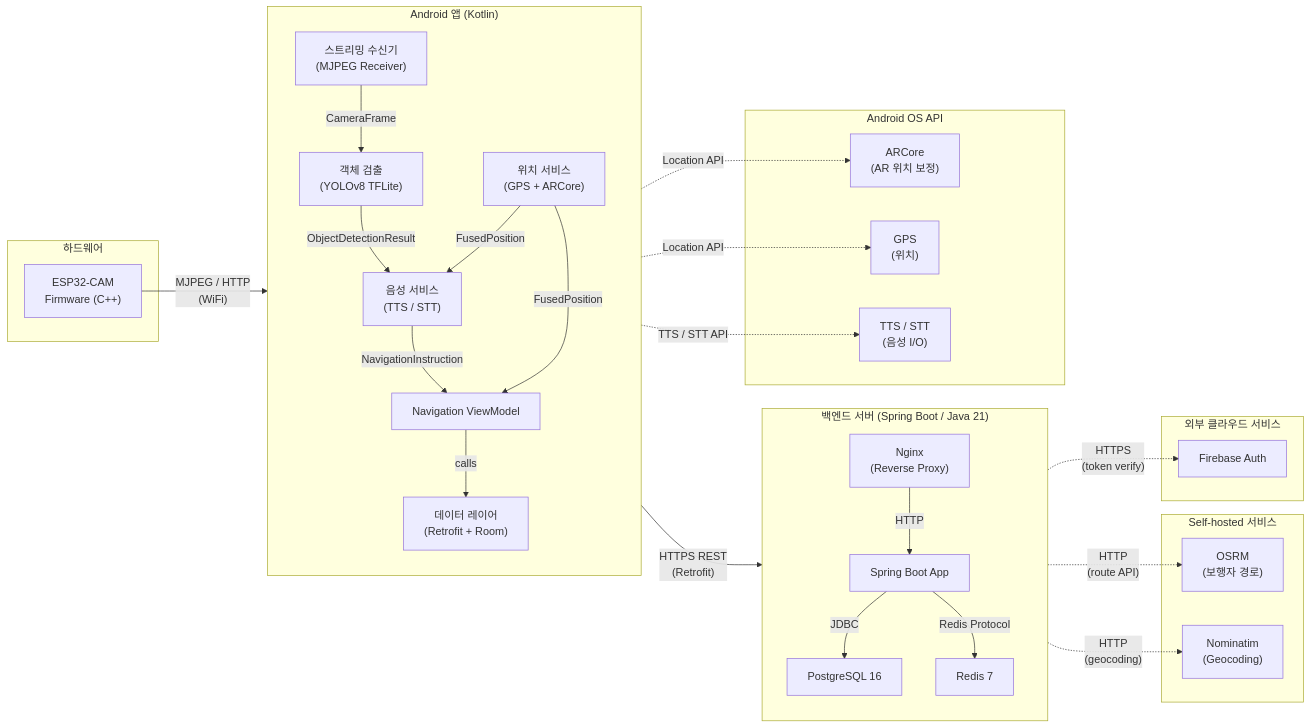
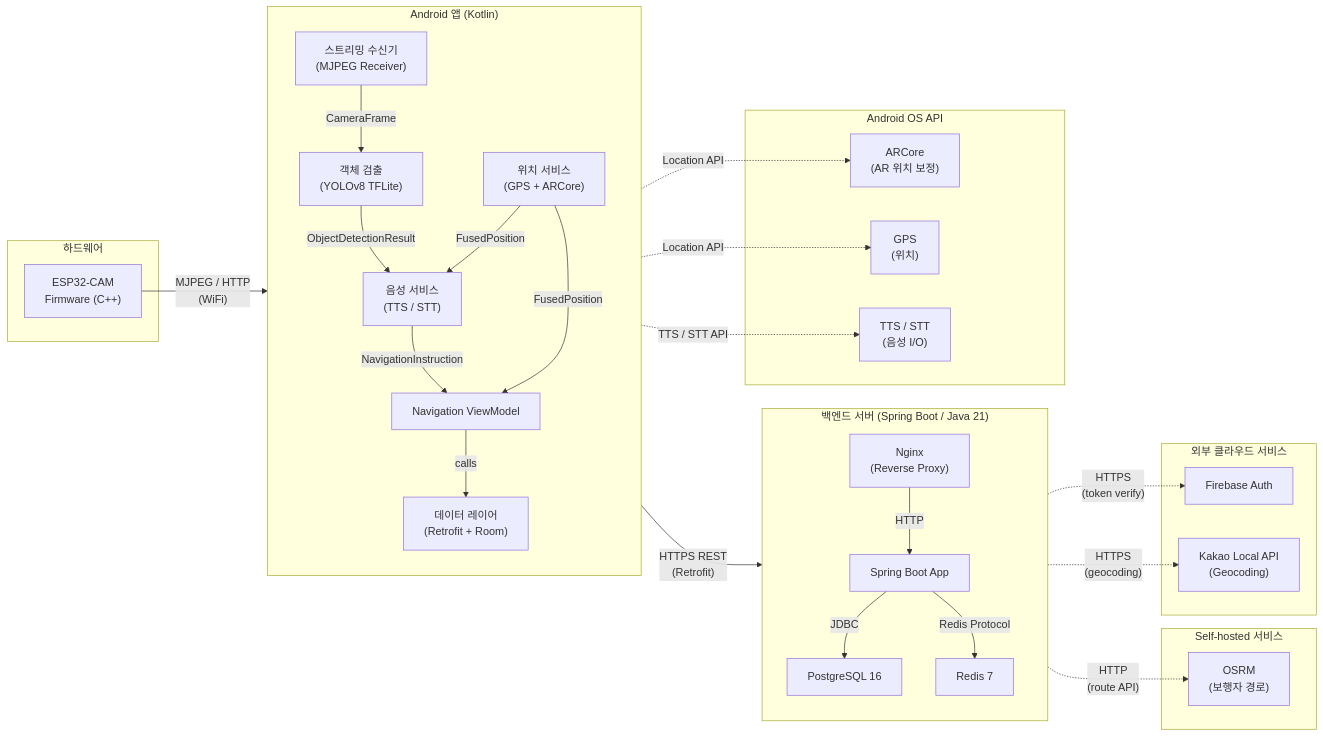
The third of 3 diagrams in uml-components.md (2026TUKCOMCD/SmartWalk), drawn with Mermaid before and after one commit. The commit also changed other lines of this file and 20 other files, not shown here.

````diff
--- a/uml-components.md
+++ b/uml-components.md
@@ -134,70 +134,70 @@
 ```mermaid
 graph LR
     subgraph HW["하드웨어"]
         ESP32["ESP32-CAM<br>Firmware (C++)"]
     end
 
     subgraph Mobile["Android 앱 (Kotlin)"]
         direction TB
         StreamRx["스트리밍 수신기<br>(MJPEG Receiver)"]
         YOLODet["객체 검출<br>(YOLOv8 TFLite)"]
         LocSvc["위치 서비스<br>(GPS + ARCore)"]
         VoiceSvc["음성 서비스<br>(TTS / STT)"]
         NavVM["Navigation ViewModel"]
         DataLayer["데이터 레이어<br>(Retrofit + Room)"]
     end
 
     subgraph OSApi["Android OS API"]
         ARCoreAPI["ARCore<br>(AR 위치 보정)"]
         GPSAPI["GPS<br>(위치)"]
         TTSAPI["TTS / STT<br>(음성 I/O)"]
     end
 
     subgraph ServerLayer["백엔드 서버 (Spring Boot / Java 21)"]
         direction TB
         APIGateway["Nginx<br>(Reverse Proxy)"]
         SpringApp["Spring Boot App"]
         PGDb["PostgreSQL 16"]
         RedisDb["Redis 7"]
     end
 
     subgraph SelfHosted["Self-hosted 서비스"]
         OSRMSvc["OSRM<br>(보행자 경로)"]
-        NominatimSvc["Nominatim<br>(Geocoding)"]
     end
 
     subgraph CloudSvc["외부 클라우드 서비스"]
         FirebaseAuth["Firebase Auth"]
+        KakaoAPI["Kakao Local API<br>(Geocoding)"]
     end
 
     %% 하드웨어 → 모바일
     ESP32 -->|"MJPEG / HTTP<br>(WiFi)"| StreamRx
 
     %% 모바일 내부 의존
     StreamRx -->|"CameraFrame"| YOLODet
     YOLODet -->|"ObjectDetectionResult"| VoiceSvc
     LocSvc -->|"FusedPosition"| VoiceSvc
     LocSvc -->|"FusedPosition"| NavVM
     VoiceSvc -->|"NavigationInstruction"| NavVM
     NavVM -->|"calls"| DataLayer
 
     %% 모바일 → OS API
     LocSvc -.->|"Location API"| ARCoreAPI
     LocSvc -.->|"Location API"| GPSAPI
     VoiceSvc -.->|"TTS / STT API"| TTSAPI
 
     %% 모바일 → 백엔드
     DataLayer -->|"HTTPS REST<br>(Retrofit)"| APIGateway
     APIGateway -->|"HTTP"| SpringApp
 
     %% 백엔드 내부
     SpringApp -->|"JDBC"| PGDb
     SpringApp -->|"Redis Protocol"| RedisDb
 
     %% 백엔드 → Self-hosted
     SpringApp -.->|"HTTP<br>(route API)"| OSRMSvc
-    SpringApp -.->|"HTTP<br>(geocoding)"| NominatimSvc
+    SpringApp -.->|"HTTPS<br>(geocoding)"| KakaoAPI
 
     %% 백엔드 → 클라우드
     SpringApp -.->|"HTTPS<br>(token verify)"| FirebaseAuth
 ```
````
